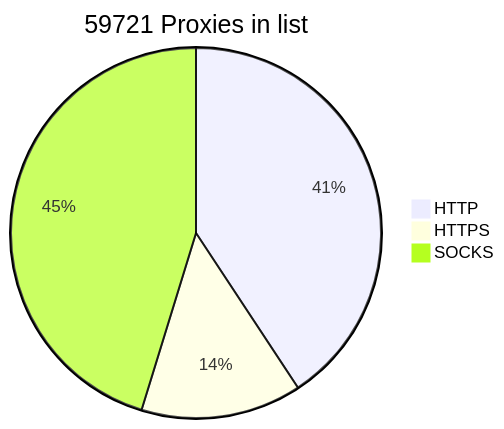
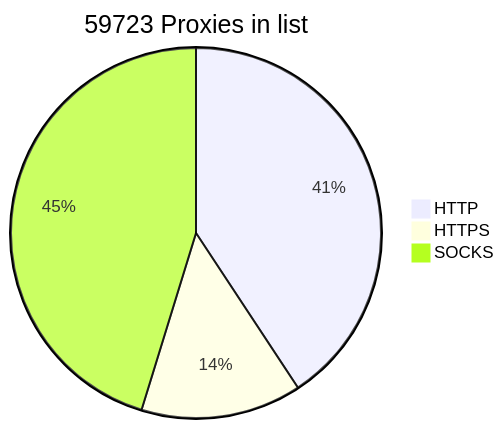
Before and after one commit to BlackSnowDot/proxylist-update-every-minute: the diagram in README.md, drawn with Mermaid.

````diff
--- a/README.md
+++ b/README.md
@@ -2,6 +2,6 @@
 ```mermaid
-pie title 59721 Proxies in list
-    "HTTP" : 27456
-    "HTTPS": 9457
+pie title 59723 Proxies in list
+    "HTTP" : 27458
+    "HTTPS": 9458
     "SOCKS" : 30506
 ```
````
